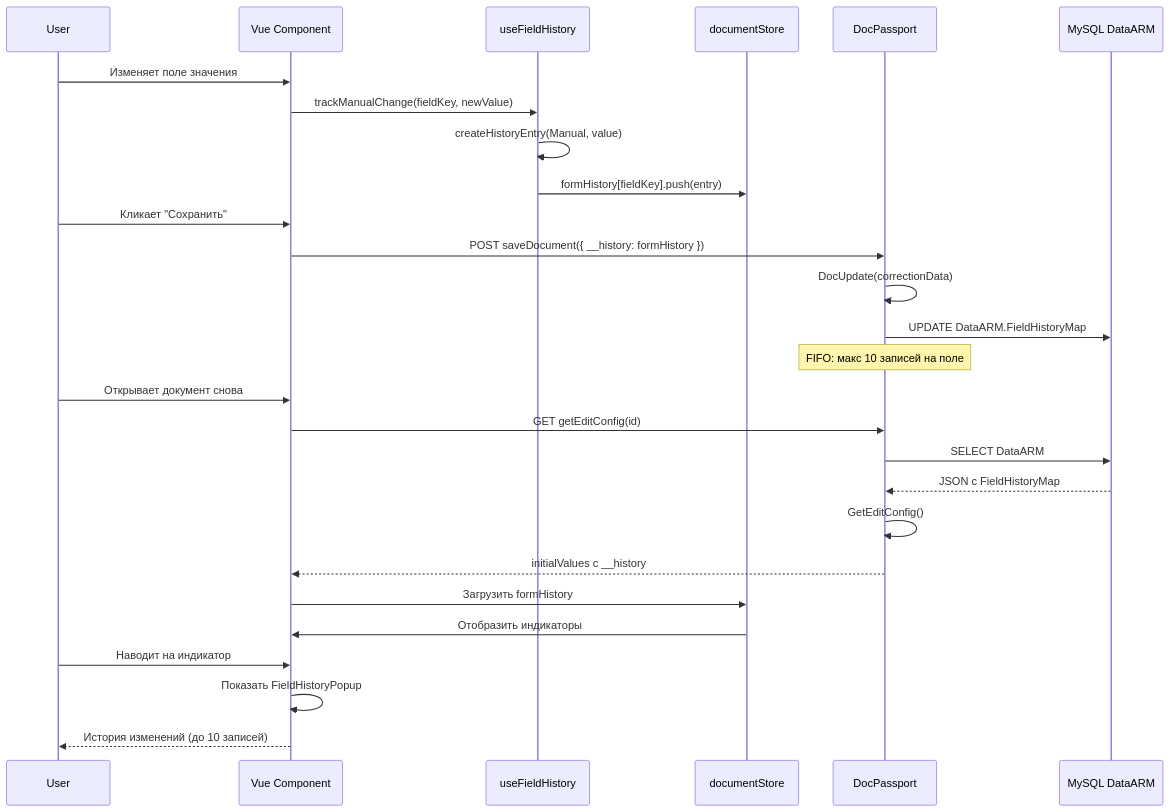
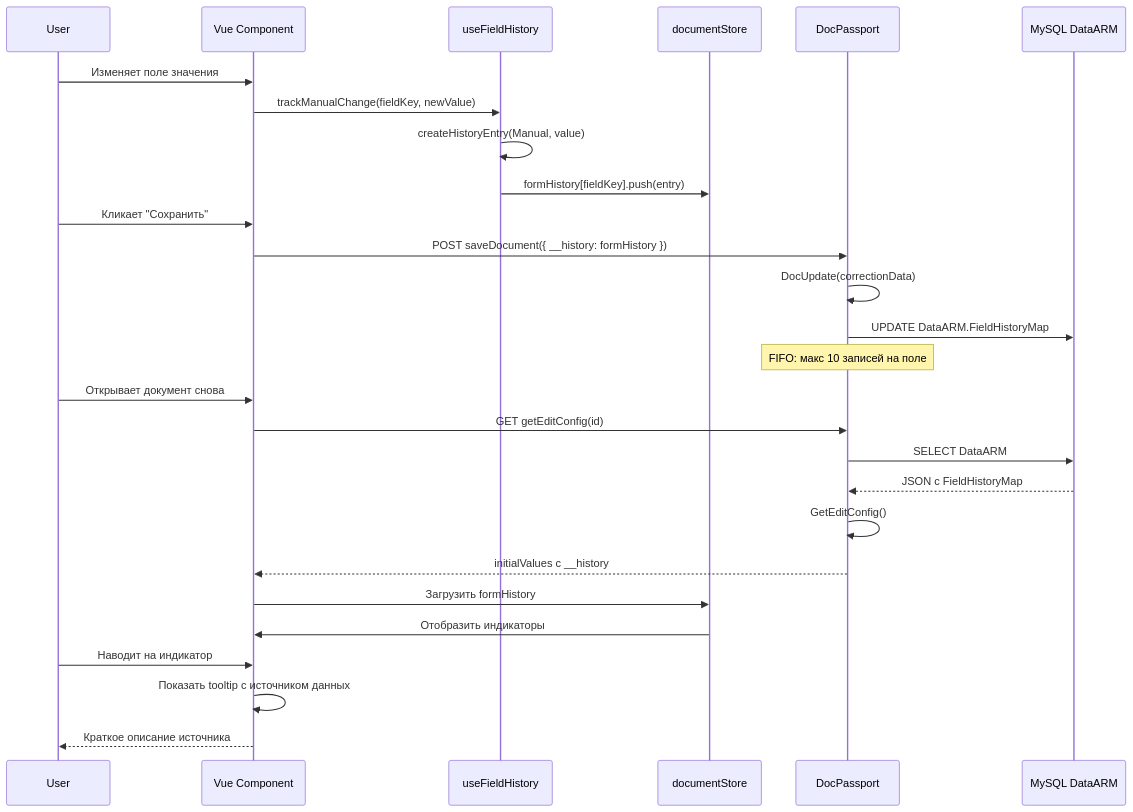
Before and after one commit to tn-ivk/tn-doc: diagram 16 of 18 in docs/architecture/overview.md, drawn with Mermaid. The commit also changed other lines of this file and 15 other files, not shown here.

````diff
--- a/docs/architecture/overview.md
+++ b/docs/architecture/overview.md
@@ -742,34 +721,34 @@
 ```mermaid
 sequenceDiagram
     participant User
     participant Vue as Vue Component
     participant Composable as useFieldHistory
     participant Store as documentStore
     participant Backend as DocPassport
     participant DB as MySQL DataARM
 
     User->>Vue: Изменяет поле значения
     Vue->>Composable: trackManualChange(fieldKey, newValue)
     Composable->>Composable: createHistoryEntry(Manual, value)
     Composable->>Store: formHistory[fieldKey].push(entry)
 
     User->>Vue: Кликает "Сохранить"
     Vue->>Backend: POST saveDocument({ __history: formHistory })
     Backend->>Backend: DocUpdate(correctionData)
     Backend->>DB: UPDATE DataARM.FieldHistoryMap
 
     Note over Backend: FIFO: макс 10 записей на поле
 
     User->>Vue: Открывает документ снова
     Vue->>Backend: GET getEditConfig(id)
     Backend->>DB: SELECT DataARM
     DB-->>Backend: JSON с FieldHistoryMap
     Backend->>Backend: GetEditConfig()
     Backend-->>Vue: initialValues с __history
     Vue->>Store: Загрузить formHistory
     Store->>Vue: Отобразить индикаторы
 
     User->>Vue: Наводит на индикатор
-    Vue->>Vue: Показать FieldHistoryPopup
-    Vue-->>User: История изменений (до 10 записей)
+    Vue->>Vue: Показать tooltip с источником данных
+    Vue-->>User: Краткое описание источника
 ```
````
